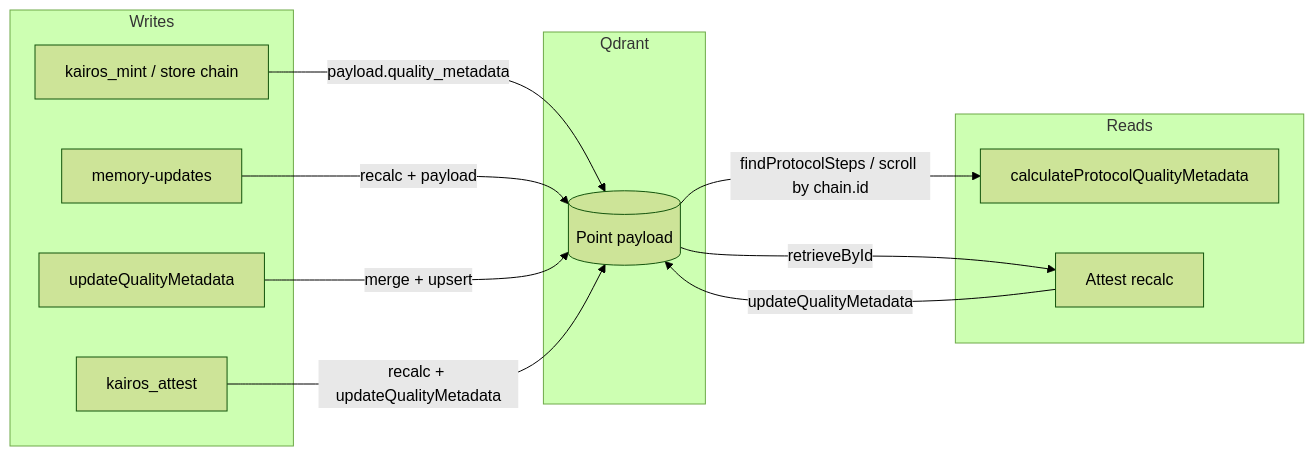
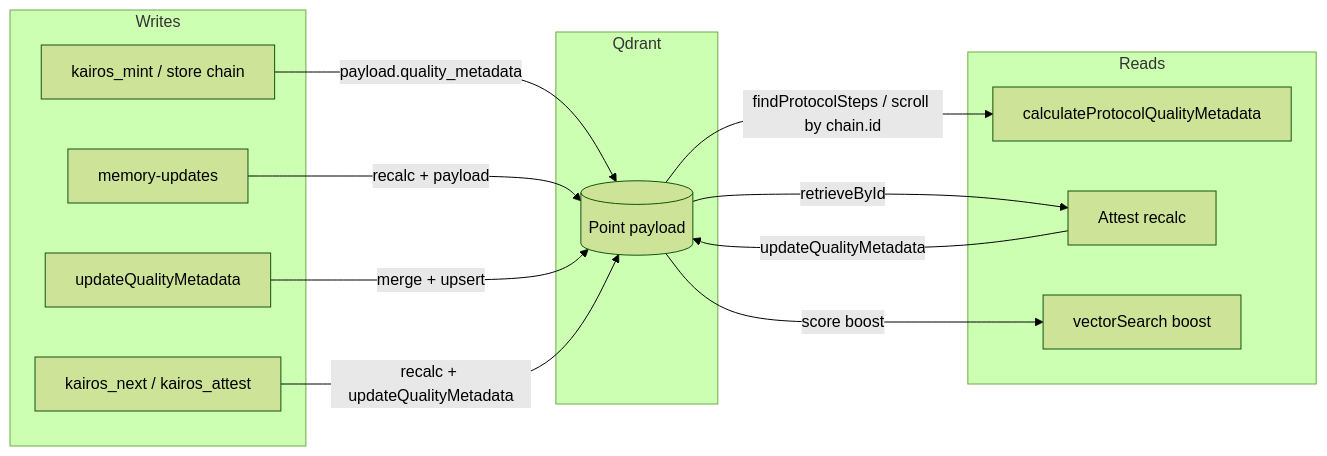
The diagram in docs/architecture/quality-metadata.md (debian777/kairos-mcp), drawn with Mermaid (forest theme) before and after one commit. The commit also changed other lines of this file and 22 other files, not shown here.

````diff
--- a/docs/architecture/quality-metadata.md
+++ b/docs/architecture/quality-metadata.md
@@ -189,27 +179,29 @@
 ```mermaid
 flowchart LR
   subgraph writes["Writes"]
     A[kairos_mint / store chain]
     B[memory-updates]
     C[updateQualityMetadata]
-    D[kairos_attest]
+    D[kairos_next / kairos_attest]
   end
 
   subgraph storage["Qdrant"]
     P[(Point payload)]
   end
 
   subgraph reads["Reads"]
     E[calculateProtocolQualityMetadata]
     F[Attest recalc]
+    G[vectorSearch boost]
   end
 
   A -->|payload.quality_metadata| P
   B -->|recalc + payload| P
   C -->|merge + upsert| P
   D -->|recalc + updateQualityMetadata| P
 
   P -->|findProtocolSteps / scroll by chain.id| E
   P -->|retrieveById| F
+  P -->|score boost| G
   F -->|updateQualityMetadata| P
 ```
````
